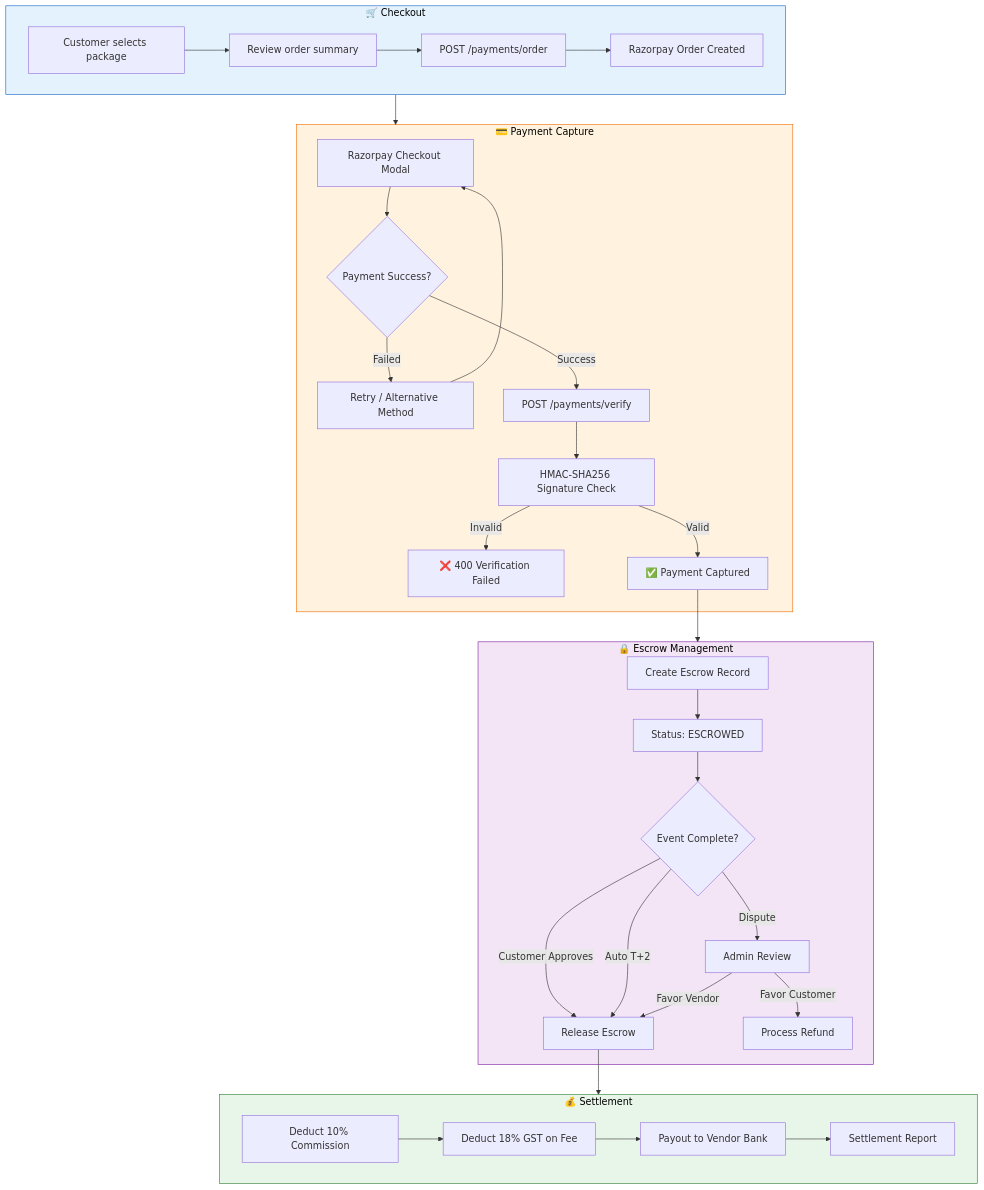
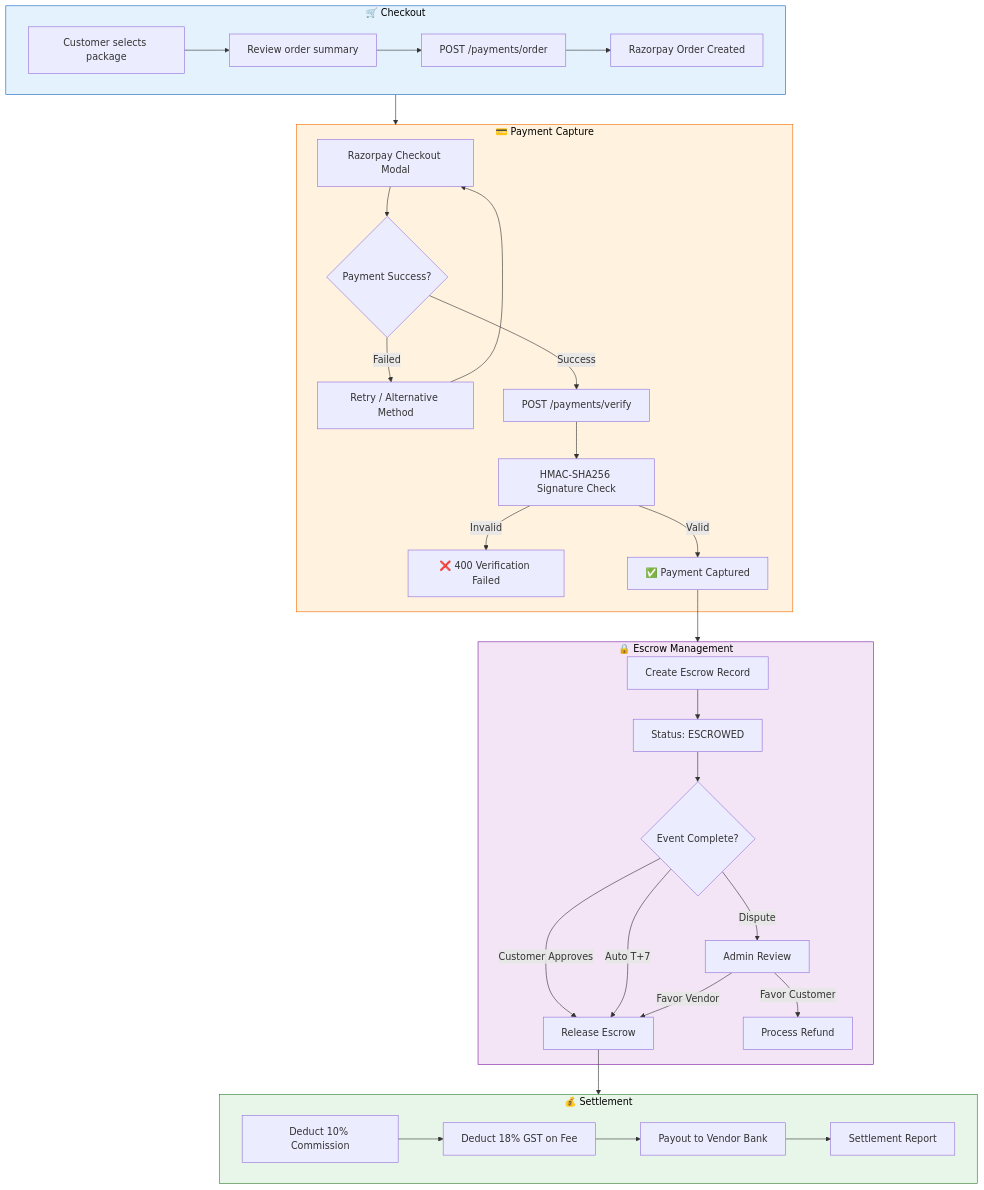
One commit to harib8000/wed changed diagram 24 of 33 in README.md. Above: the diagram before and after it, drawn with Mermaid. The commit also changed other lines of this file and 11 other files, not shown here.

First line of the commit message:
docs: world-class golden standard README — 3563 lines, 33 mermaid diagrams, 35 sections, 111 sub-headings

````diff
--- a/README.md
+++ b/README.md
@@ -1345,43 +2209,43 @@
 ```mermaid
 flowchart TD
     subgraph CHECKOUT["🛒 Checkout"]
         C1["Customer selects package"] --> C2["Review order summary"]
         C2 --> C3["POST /payments/order"]
         C3 --> C4["Razorpay Order Created"]
     end
 
     subgraph CAPTURE["💳 Payment Capture"]
         P1["Razorpay Checkout Modal"] --> P2{Payment Success?}
         P2 -->|Failed| P3["Retry / Alternative Method"]
         P3 --> P1
         P2 -->|Success| P4["POST /payments/verify"]
         P4 --> P5["HMAC-SHA256 Signature Check"]
         P5 -->|Invalid| P6["❌ 400 Verification Failed"]
         P5 -->|Valid| P7["✅ Payment Captured"]
     end
 
     subgraph ESCROW["🔒 Escrow Management"]
         E1["Create Escrow Record"] --> E2["Status: ESCROWED"]
         E2 --> E3{Event Complete?}
         E3 -->|Customer Approves| E4["Release Escrow"]
         E3 -->|Dispute| E5["Admin Review"]
-        E3 -->|Auto T+2| E4
+        E3 -->|Auto T+7| E4
         E5 -->|Favor Vendor| E4
         E5 -->|Favor Customer| E6["Process Refund"]
     end
 
     subgraph SETTLEMENT["💰 Settlement"]
         S1["Deduct 10% Commission"] --> S2["Deduct 18% GST on Fee"]
         S2 --> S3["Payout to Vendor Bank"]
         S3 --> S4["Settlement Report"]
     end
 
     CHECKOUT --> CAPTURE
     P7 --> ESCROW
     E4 --> SETTLEMENT
 
     style CHECKOUT fill:#e3f2fd,stroke:#1565c0,color:#000
     style CAPTURE fill:#fff3e0,stroke:#ef6c00,color:#000
     style ESCROW fill:#f3e5f5,stroke:#7b1fa2,color:#000
     style SETTLEMENT fill:#e8f5e9,stroke:#2e7d32,color:#000
 ```
````
